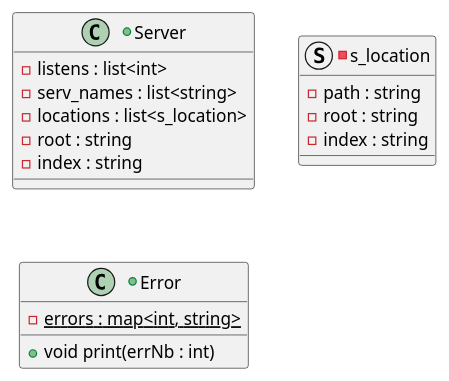
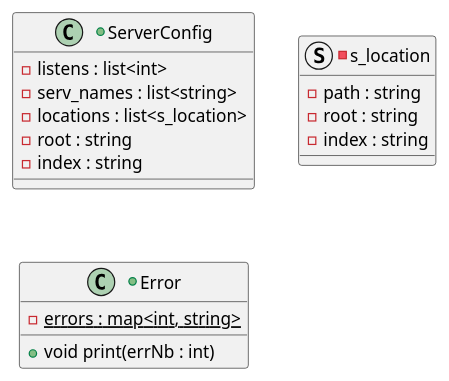
The diagram in diagrams/server.puml (alpayet/WebServ), drawn with PlantUML before and after one commit. The commit also changed 11 other files, not shown here.

Commit message:
mod Server to ServerConfig

```diff
--- a/diagrams/server.puml
+++ b/diagrams/server.puml
@@ -1,23 +1,23 @@
 @startuml serverDiag
-+class Server
++class ServerConfig
 {
 	- listens : list<int>
 	- serv_names : list<string>
 	- locations : list<s_location>
 	- root : string
 	- index : string
 }
 
 -struct s_location
 {
 	- path : string
 	- root : string
 	- index : string
 }
 
 +class Error
 {
 	- {static} errors : map<int, string>
 	+ void print(errNb : int)
 }
 @enduml
```
